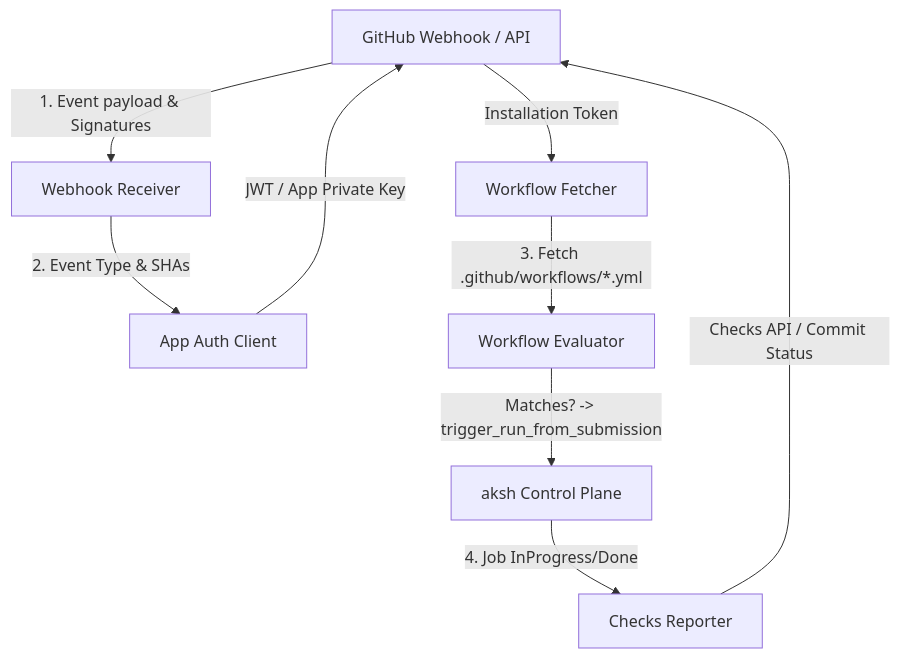
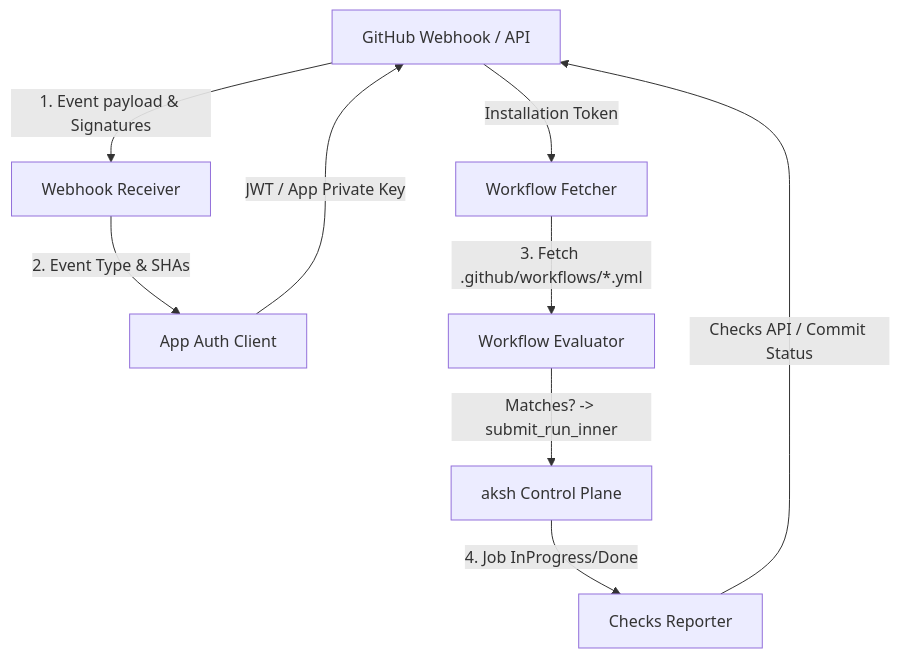
One commit to preloopdev/preloop changed the diagram in docs/github-app-webhook.md. Above: the diagram before and after it, drawn with Mermaid.

Commit message:
Fix function name in documentation Mermaid diagram

````diff
--- a/docs/github-app-webhook.md
+++ b/docs/github-app-webhook.md
@@ -13,11 +13,11 @@
 ```mermaid
 graph TD
     GH[GitHub Webhook / API] -->|1. Event payload & Signatures| Wh[Webhook Receiver]
     Wh -->|2. Event Type & SHAs| Auth[App Auth Client]
     Auth -->|JWT / App Private Key| GH
     GH -->|Installation Token| Fetch[Workflow Fetcher]
     Fetch -->|3. Fetch .github/workflows/*.yml| AST[Workflow Evaluator]
-    AST -->|Matches? -> trigger_run_from_submission| Core[aksh Control Plane]
+    AST -->|Matches? -> submit_run_inner| Core[aksh Control Plane]
     Core -->|4. Job InProgress/Done| Report[Checks Reporter]
     Report -->|Checks API / Commit Status| GH
 ```
````
